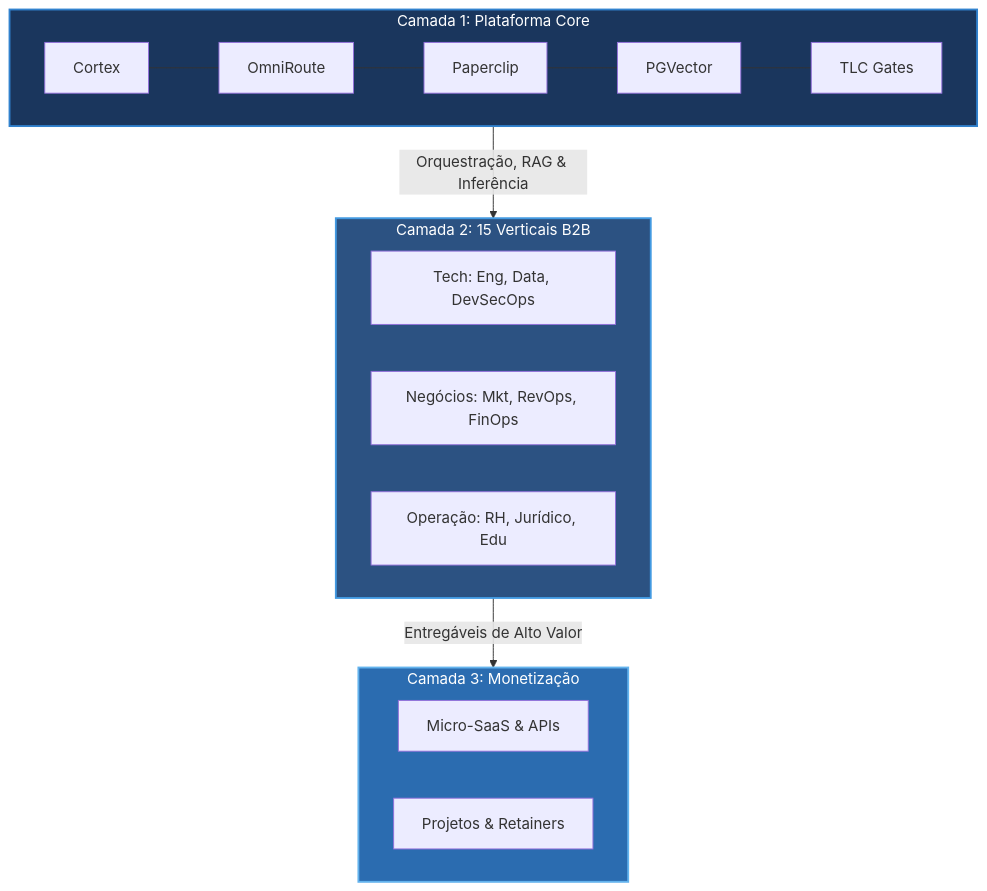
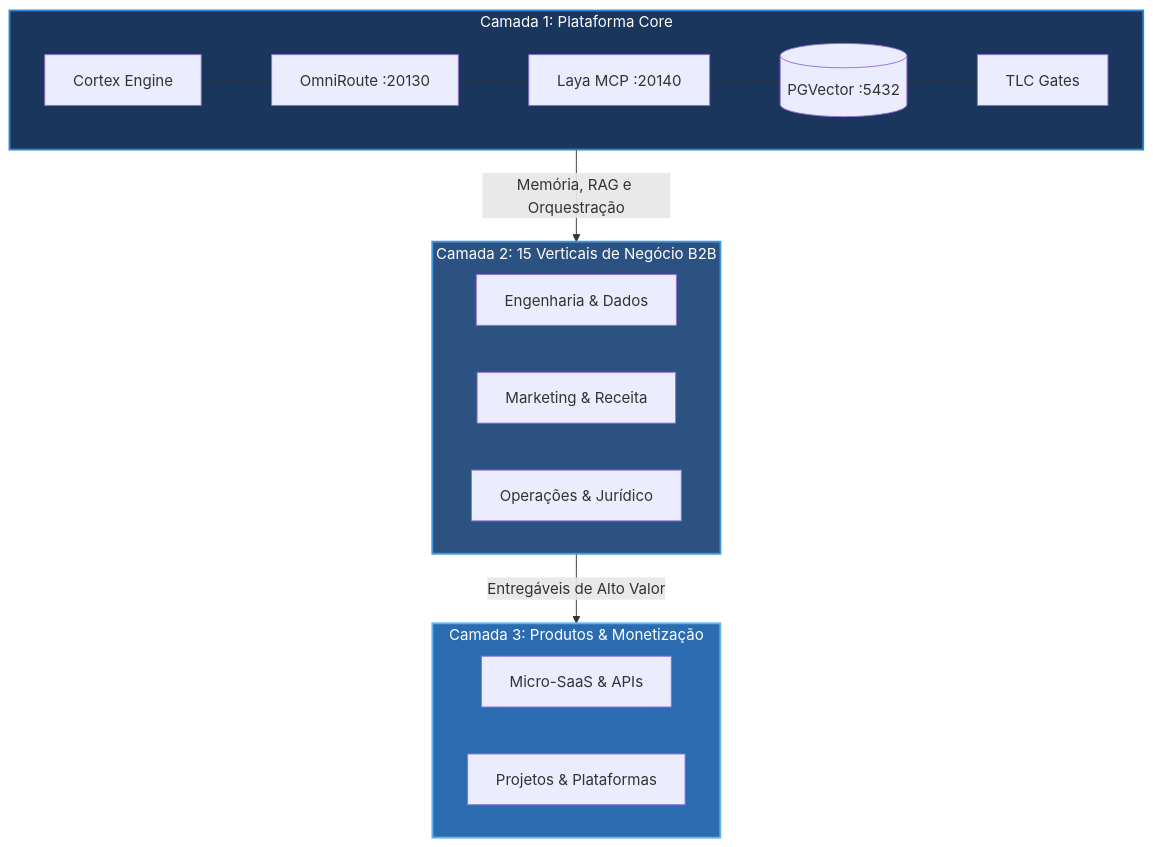
Before and after one commit to EnterDufter/PromptCoreLabs_AEOS: the first of 4 diagrams in README.md, drawn with Mermaid. The commit also changed other lines of this file and 1 other file, not shown here.

````diff
--- a/README.md
+++ b/README.md
@@ -35,30 +49,27 @@
 ```mermaid
 flowchart TD
-    %% Camada 1
     subgraph L1 [Camada 1: Plataforma Core]
         direction LR
-        CX[Cortex] --- OR[OmniRoute] --- PC[Paperclip] --- PG[PGVector] --- TLC[TLC Gates]
+        CX[Cortex Engine] --- OR[OmniRoute :20130] --- LAYA[Laya MCP :20140] --- PG[(PGVector :5432)] --- TLC[TLC Gates]
     end
     
-    %% Camada 2
-    subgraph L2 [Camada 2: 15 Verticais B2B]
+    subgraph L2 [Camada 2: 15 Verticais de Negócio B2B]
         direction LR
-        VT[Tech: Eng, Data, DevSecOps]
-        VB[Negócios: Mkt, RevOps, FinOps]
-        VO[Operação: RH, Jurídico, Edu]
+        VT[Engenharia & Dados]
+        VB[Marketing & Receita]
+        VO[Operações & Jurídico]
     end
     
-    %% Camada 3
-    subgraph L3 [Camada 3: Monetização]
+    subgraph L3 [Camada 3: Produtos & Monetização]
         direction LR
         SaaS[Micro-SaaS & APIs]
-        RET[Projetos & Retainers]
+        PROJ[Projetos & Plataformas]
     end
     
-    L1 -->|Orquestração, RAG & Inferência| L2
+    L1 -->|Memória, RAG e Orquestração| L2
     L2 -->|Entregáveis de Alto Valor| L3
     
     style L1 fill:#1a365d,stroke:#3182ce,stroke-width:2px,color:#fff
     style L2 fill:#2c5282,stroke:#4299e1,stroke-width:2px,color:#fff
     style L3 fill:#2b6cb0,stroke:#63b3ed,stroke-width:2px,color:#fff
 ```
````
